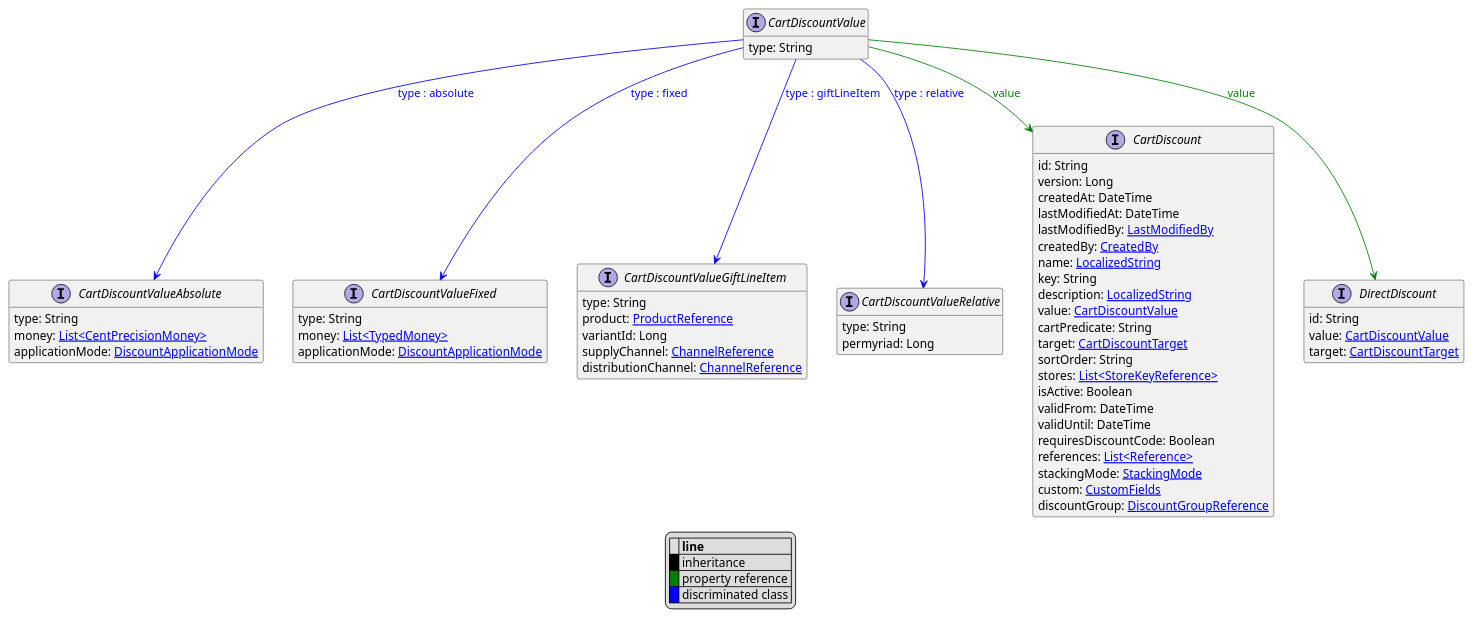
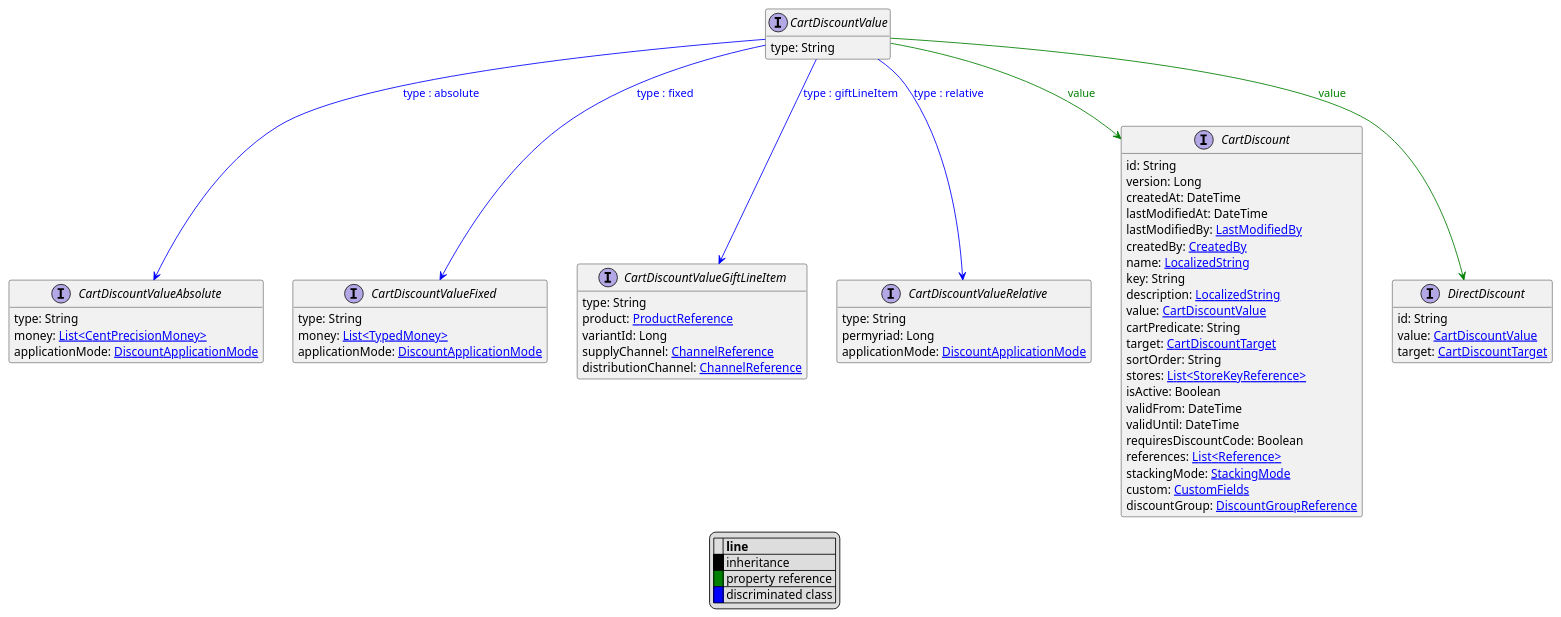
The diagram in uml/api/CartDiscountValue.puml (commercetools/commercetools-api-reference), drawn with PlantUML before and after one commit. The commit also changed 10 other files, not shown here.

```diff
--- a/uml/api/CartDiscountValue.puml
+++ b/uml/api/CartDiscountValue.puml
@@ -1,72 +1,73 @@
 @startuml
 
 hide empty fields
 hide empty methods
 legend
 |= |= line |
 |<back:black>   </back>| inheritance |
 |<back:green>   </back>| property reference |
 |<back:blue>   </back>| discriminated class |
 endlegend
 interface CartDiscountValue [[CartDiscountValue.svg]]  {
     type: String
 }
 
 
 interface CartDiscountValueAbsolute [[CartDiscountValueAbsolute.svg]]  {
     type: String
     money: [[CentPrecisionMoney.svg List<CentPrecisionMoney>]]
     applicationMode: [[DiscountApplicationMode.svg DiscountApplicationMode]]
 }
 interface CartDiscountValueFixed [[CartDiscountValueFixed.svg]]  {
     type: String
     money: [[TypedMoney.svg List<TypedMoney>]]
     applicationMode: [[DiscountApplicationMode.svg DiscountApplicationMode]]
 }
 interface CartDiscountValueGiftLineItem [[CartDiscountValueGiftLineItem.svg]]  {
     type: String
     product: [[ProductReference.svg ProductReference]]
     variantId: Long
     supplyChannel: [[ChannelReference.svg ChannelReference]]
     distributionChannel: [[ChannelReference.svg ChannelReference]]
 }
 interface CartDiscountValueRelative [[CartDiscountValueRelative.svg]]  {
     type: String
     permyriad: Long
+    applicationMode: [[DiscountApplicationMode.svg DiscountApplicationMode]]
 }
 interface CartDiscount [[CartDiscount.svg]]  {
     id: String
     version: Long
     createdAt: DateTime
     lastModifiedAt: DateTime
     lastModifiedBy: [[LastModifiedBy.svg LastModifiedBy]]
     createdBy: [[CreatedBy.svg CreatedBy]]
     name: [[LocalizedString.svg LocalizedString]]
     key: String
     description: [[LocalizedString.svg LocalizedString]]
     value: [[CartDiscountValue.svg CartDiscountValue]]
     cartPredicate: String
     target: [[CartDiscountTarget.svg CartDiscountTarget]]
     sortOrder: String
     stores: [[StoreKeyReference.svg List<StoreKeyReference>]]
     isActive: Boolean
     validFrom: DateTime
     validUntil: DateTime
     requiresDiscountCode: Boolean
     references: [[Reference.svg List<Reference>]]
     stackingMode: [[StackingMode.svg StackingMode]]
     custom: [[CustomFields.svg CustomFields]]
     discountGroup: [[DiscountGroupReference.svg DiscountGroupReference]]
 }
 interface DirectDiscount [[DirectDiscount.svg]]  {
     id: String
     value: [[CartDiscountValue.svg CartDiscountValue]]
     target: [[CartDiscountTarget.svg CartDiscountTarget]]
 }
 CartDiscountValue --> CartDiscountValueAbsolute #blue;text:blue : "type : absolute"
 CartDiscountValue --> CartDiscountValueFixed #blue;text:blue : "type : fixed"
 CartDiscountValue --> CartDiscountValueGiftLineItem #blue;text:blue : "type : giftLineItem"
 CartDiscountValue --> CartDiscountValueRelative #blue;text:blue : "type : relative"
 CartDiscountValue --> CartDiscount #green;text:green : "value"
 CartDiscountValue --> DirectDiscount #green;text:green : "value"
 @enduml
```
